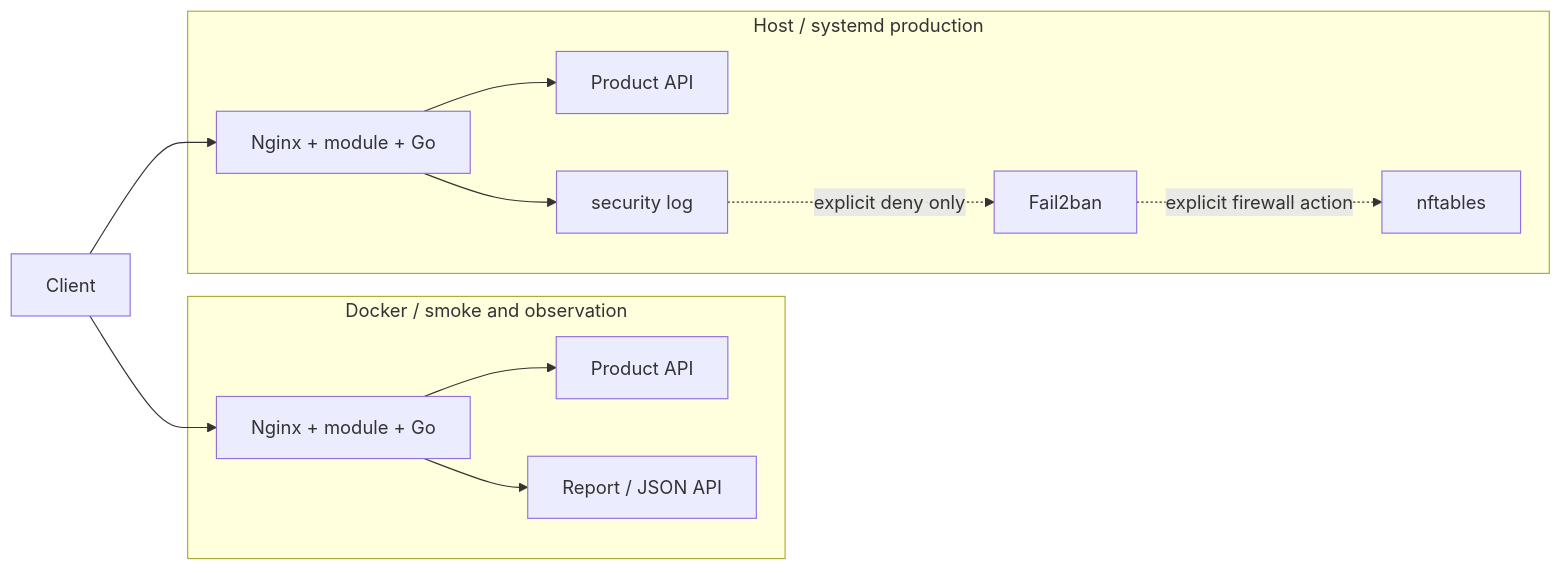
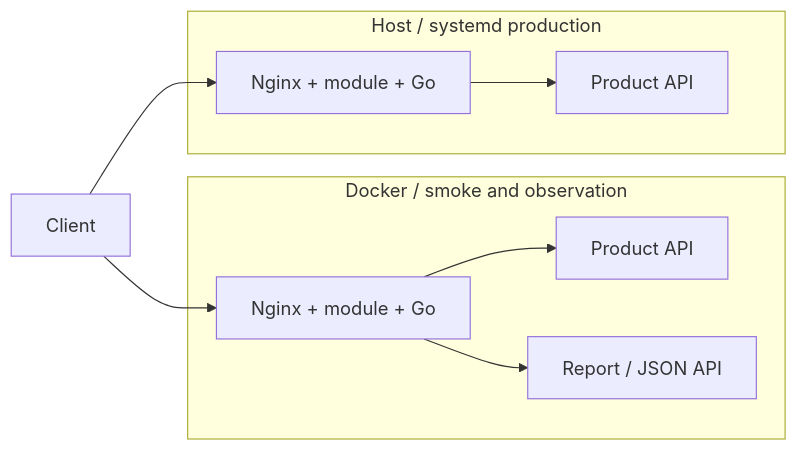
The second of 5 diagrams in docs/ARCHITECTURE.md (rbelshevitz/httpfin), drawn with Mermaid before and after one commit. The commit also changed other lines of this file and 35 other files, not shown here.

Commit message:
Remove anti-bot and Fail2ban scope

````diff
--- a/docs/ARCHITECTURE.md
+++ b/docs/ARCHITECTURE.md
@@ -38,24 +38,18 @@
 ```mermaid
 flowchart LR
     C[Client]
     subgraph D[Docker / smoke and observation]
         DN[Nginx + module + Go]
         DA[Product API]
         DR[Report / JSON API]
         DN --> DA
         DN --> DR
     end
     subgraph H[Host / systemd production]
         HN[Nginx + module + Go]
         HA[Product API]
-        HL[security log]
-        HF[Fail2ban]
-        HW[nftables]
         HN --> HA
-        HN --> HL
-        HL -. explicit deny only .-> HF
-        HF -. explicit firewall action .-> HW
     end
     C --> DN
     C --> HN
 ```
````
